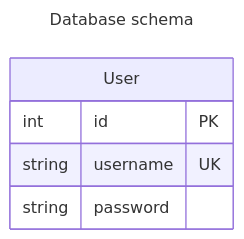
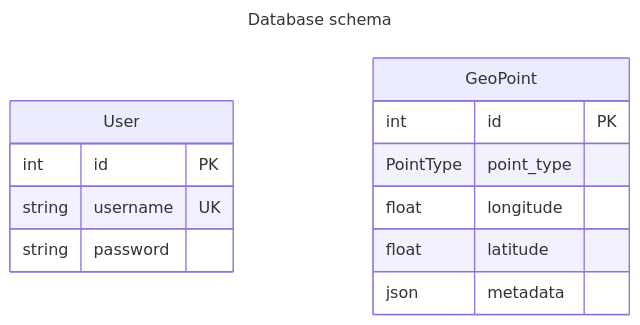
Before and after one commit to qProve/Situation-room: the diagram in docs/diagrams/db_schema_er_diagram.md, drawn with Mermaid. The commit also changed 12 other files, not shown here.

````diff
--- a/docs/diagrams/db_schema_er_diagram.md
+++ b/docs/diagrams/db_schema_er_diagram.md
@@ -1,11 +1,19 @@
 ```mermaid
 ---
 title: Database schema
 ---
 erDiagram
     User {
         int id PK
         string username UK
         string password
     }
+
+    GeoPoint {
+        int id PK
+        PointType point_type
+        float longitude
+        float latitude
+        json metadata
+    }
 ```
````
